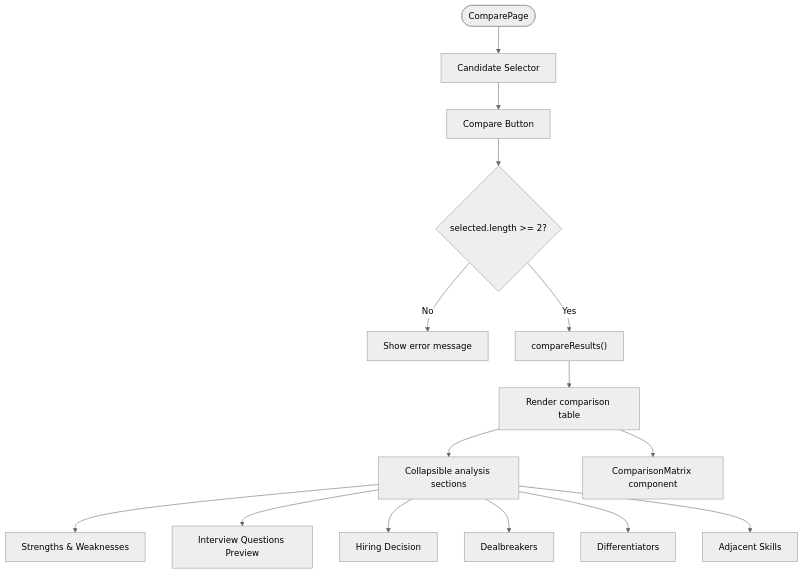
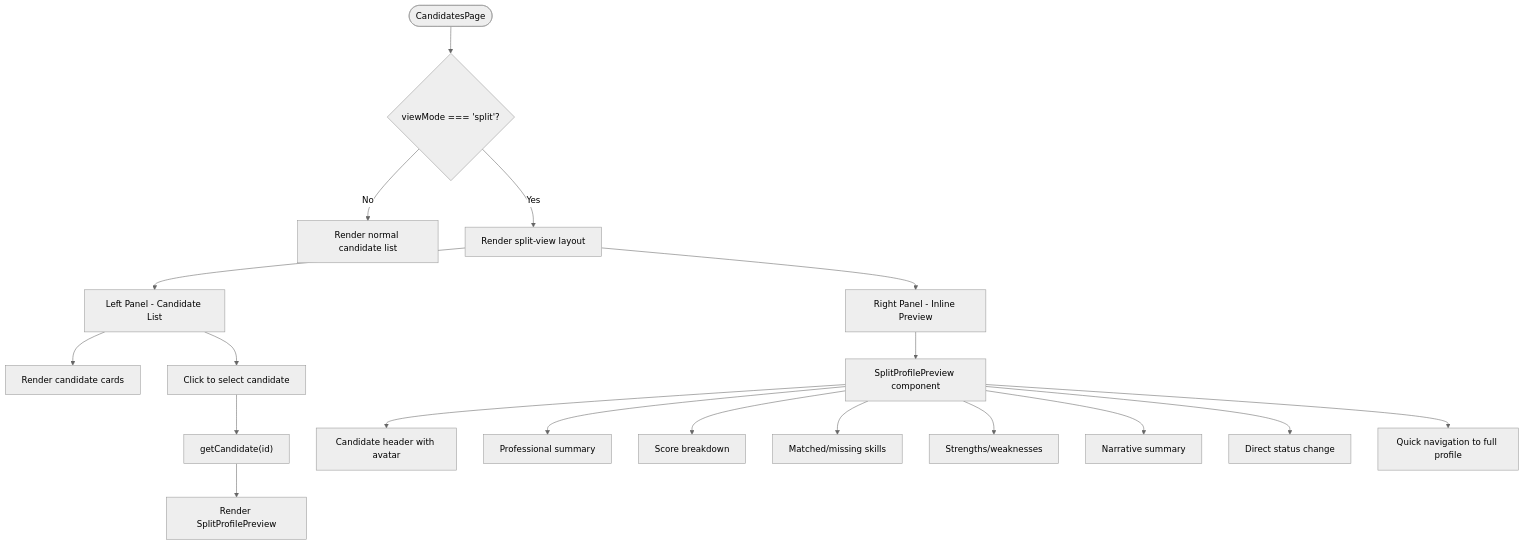
One commit to Revanththetalogics/aireume changed the fourth of 29 diagrams in .qoder/repowiki/en/content/Frontend Architecture/Frontend Architecture.md. Above: the diagram before and after it, drawn with Mermaid (neutral theme). The commit also changed other lines of this file and 7 other files, not shown here.

````diff
--- a/.qoder/repowiki/en/content/Frontend Architecture/Frontend Architecture.md
+++ b/.qoder/repowiki/en/content/Frontend Architecture/Frontend Architecture.md
@@ -695,17 +561,21 @@
 ```mermaid
 flowchart TD
-Start(["ComparePage"]) --> Selector["Candidate Selector"]
-Selector --> CompareButton["Compare Button"]
-CompareButton --> CheckSelection{"selected.length >= 2?"}
-CheckSelection --> |No| ShowError["Show error message"]
-CheckSelection --> |Yes| FetchComparison["compareResults()"]
-FetchComparison --> RenderResults["Render comparison table"]
-RenderResults --> CollapsibleSections["Collapsible analysis sections"]
-RenderResults --> ComparisonMatrix["ComparisonMatrix component"]
-CollapsibleSections --> StrengthsWeaknesses["Strengths & Weaknesses"]
-CollapsibleSections --> InterviewQuestions["Interview Questions Preview"]
-CollapsibleSections --> HiringDecision["Hiring Decision"]
-CollapsibleSections --> Dealbreakers["Dealbreakers"]
-CollapsibleSections --> Differentiators["Differentiators"]
-CollapsibleSections --> AdjacentSkills["Adjacent Skills"]
+Start(["CandidatesPage"]) --> CheckViewMode{"viewMode === 'split'?"}
+CheckViewMode --> |No| NormalList["Render normal candidate list"]
+CheckViewMode --> |Yes| SplitLayout["Render split-view layout"]
+SplitLayout --> LeftPanel["Left Panel - Candidate List"]
+SplitLayout --> RightPanel["Right Panel - Inline Preview"]
+LeftPanel --> CandidateList["Render candidate cards"]
+LeftPanel --> CandidateSelection["Click to select candidate"]
+CandidateSelection --> LoadProfile["getCandidate(id)"]
+LoadProfile --> ShowPreview["Render SplitProfilePreview"]
+RightPanel --> PreviewContent["SplitProfilePreview component"]
+PreviewContent --> Header["Candidate header with avatar"]
+PreviewContent --> Summary["Professional summary"]
+PreviewContent --> Scores["Score breakdown"]
+PreviewContent --> Skills["Matched/missing skills"]
+PreviewContent --> Strengths["Strengths/weaknesses"]
+PreviewContent --> Narrative["Narrative summary"]
+PreviewContent --> StatusChange["Direct status change"]
+PreviewContent --> FullProfile["Quick navigation to full profile"]
 ```
````
